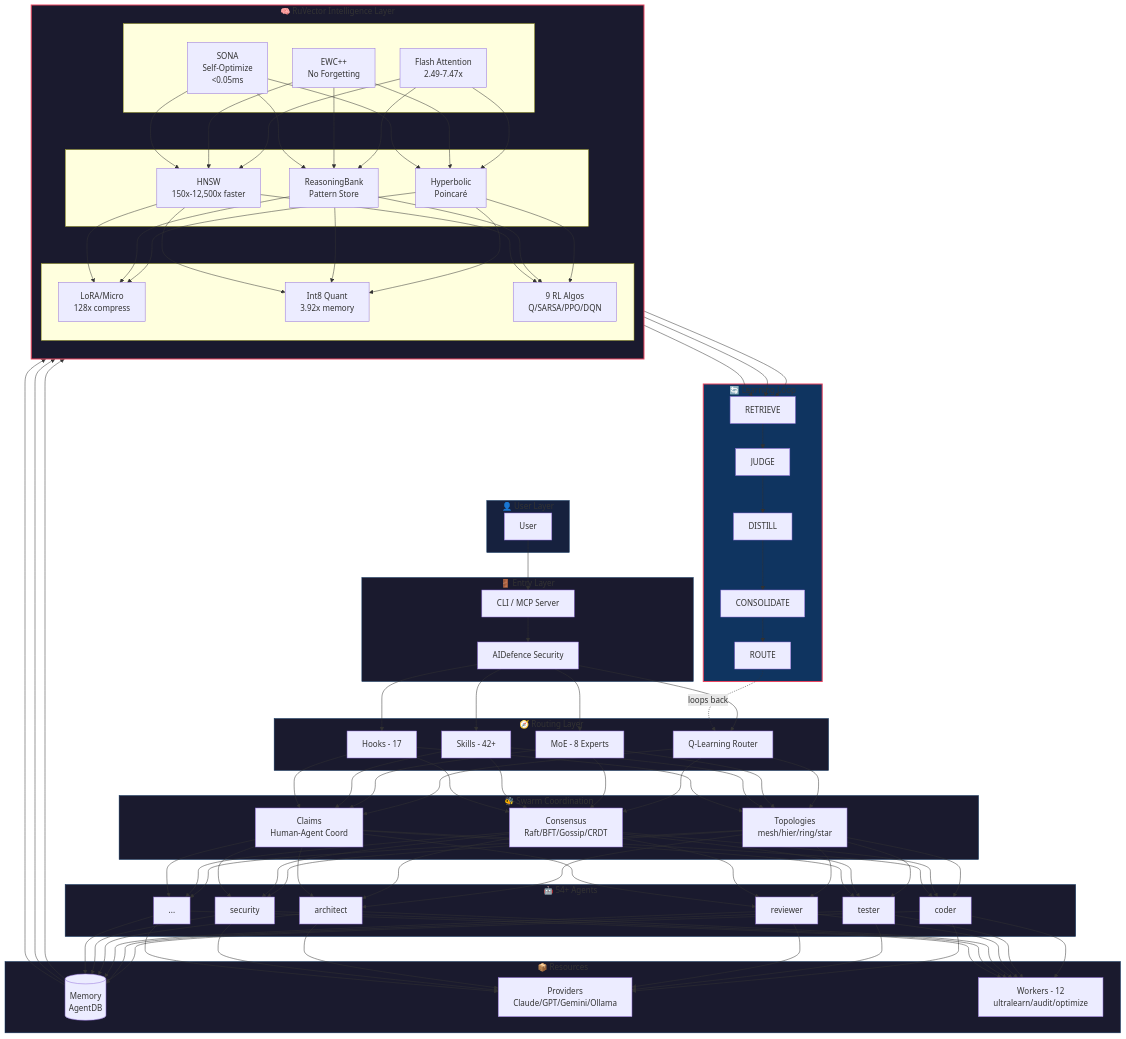
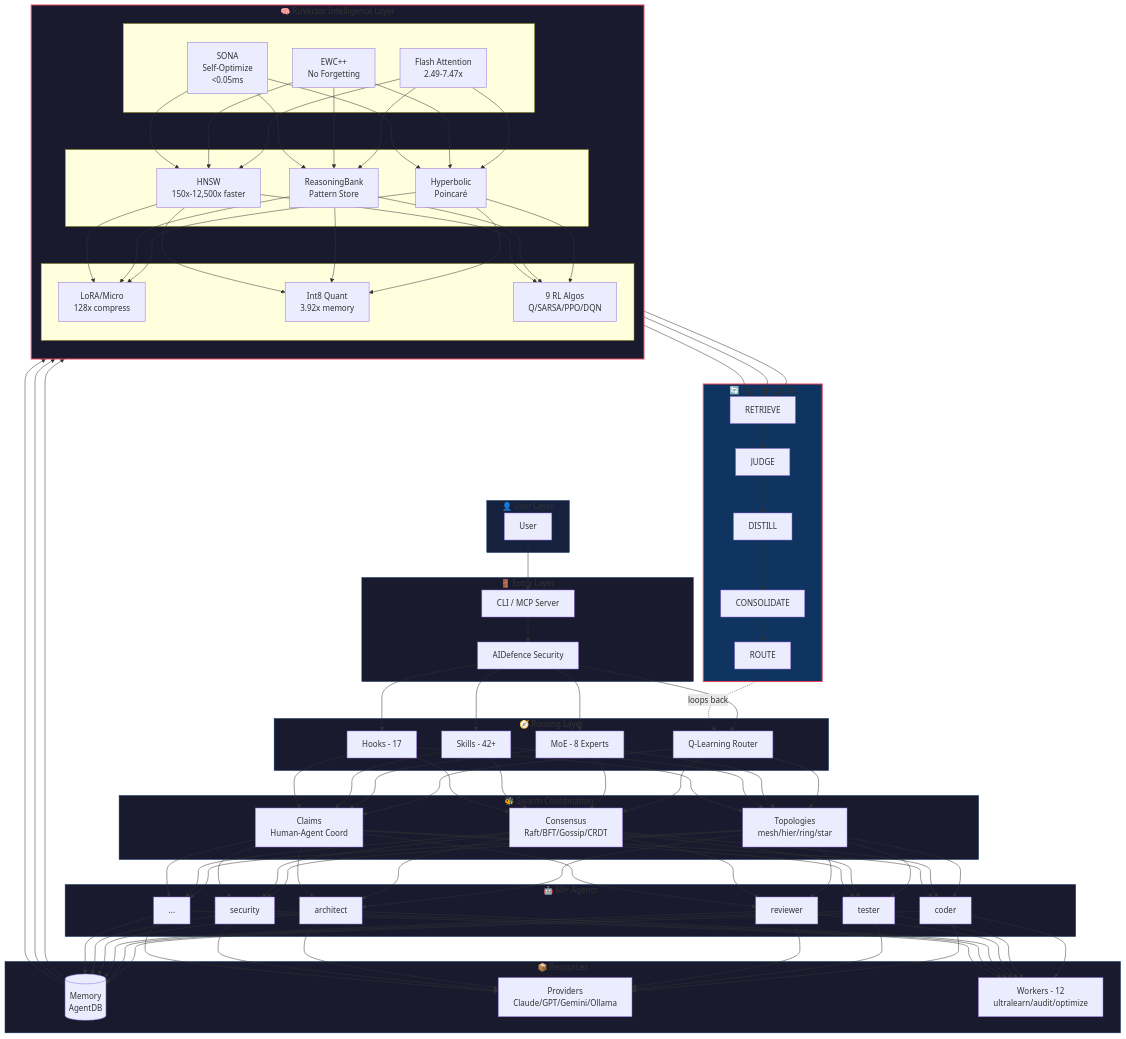
The first of 6 diagrams in README.md (sashakobtsev21-stack/my_agents), drawn with Mermaid before and after one commit.

Commit message:
Checkpoint: File edits
Automatic checkpoint created by Claude Code
- Branch: main
- Timestamp: 2026-01-23T16:29:56Z
- Changes: 1 file(s)

🤖 Generated with [Claude Code](https://claude.com/claude-code)

```diff
--- a/README.md
+++ b/README.md
@@ -62,7 +62,7 @@
         CLM[Claims<br/>Human-Agent Coord]
     end
 
-    subgraph AGENTS["🤖 54+ Agents"]
+    subgraph AGENTS["🤖 60+ Agents"]
         AG1[coder]
         AG2[tester]
         AG3[reviewer]
```
